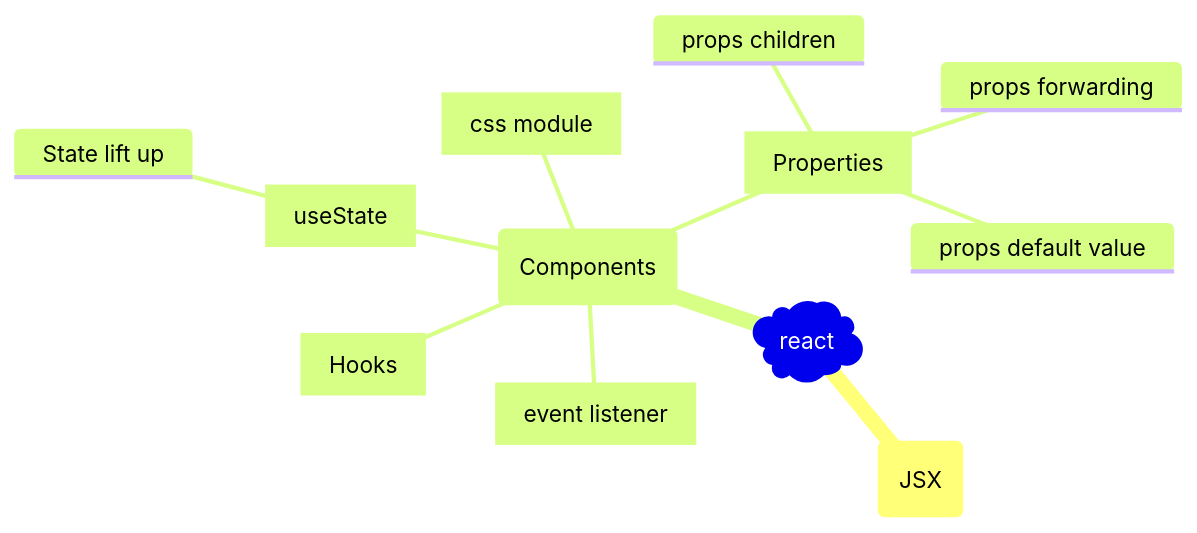
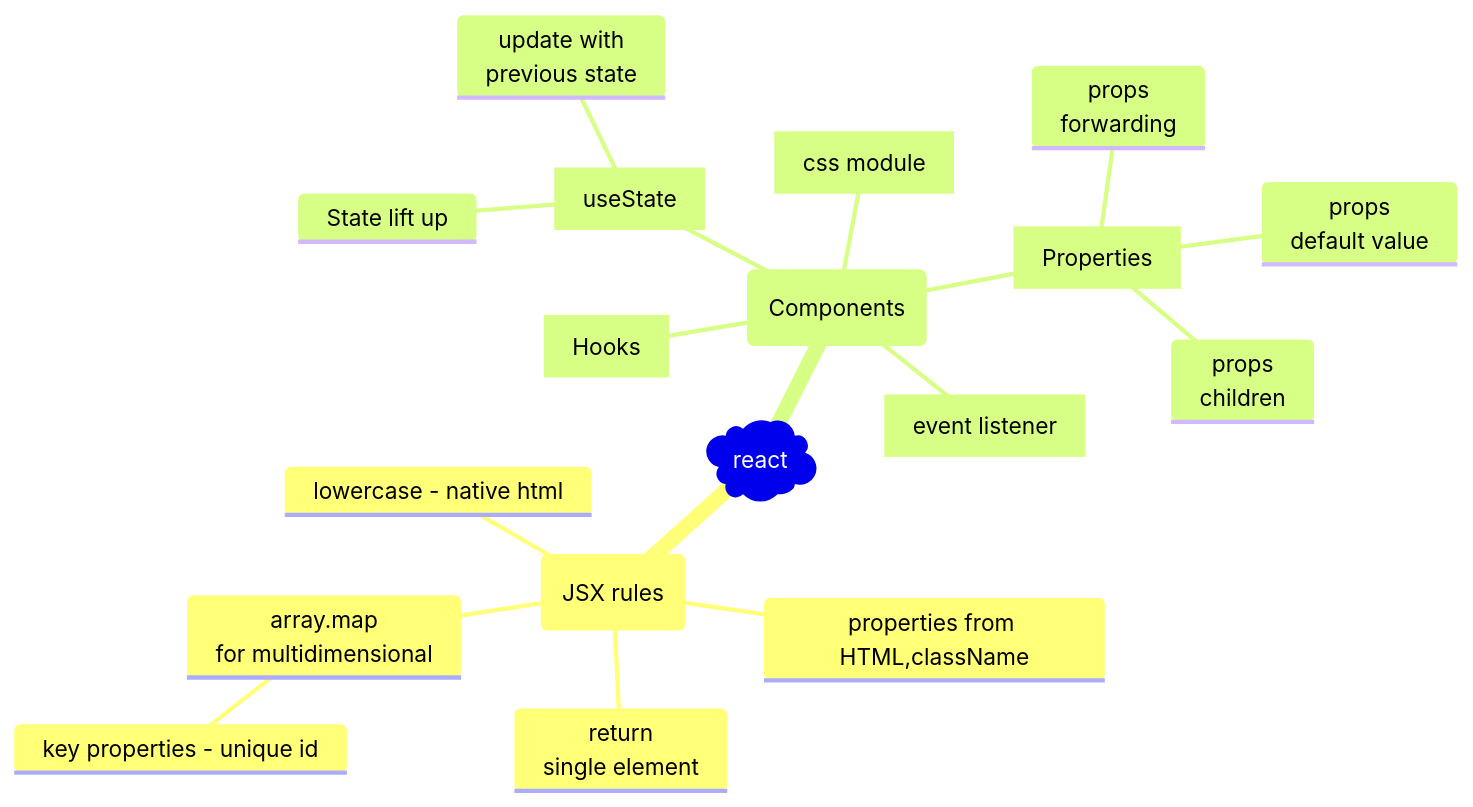
Before and after one commit to cherkavi/javascripting: the first of 2 diagrams in react/README.md, drawn with Mermaid. The commit also changed other lines of this file and 2 other files, not shown here.

Commit message:
rectification for mind map with existing data inside

````diff
--- a/react/README.md
+++ b/react/README.md
@@ -6,15 +6,21 @@
 ```mermaid
 mindmap
 )react(
-    (JSX)
+    (JSX rules)
+        return<br/>single element
+        properties from HTML,className
+        lowercase - native html
+        array.map<br>for multidimensional
+            key properties - unique id
     (Components)
         [useState]
             State lift up
+            update with<br>previous state
         [Properties]
-            props forwarding
-            props children
-            props default value
+            props<br>forwarding
+            props<br>children
+            props<br>default value
         [Hooks]
         [css module]
         [event listener]
 ```
````
